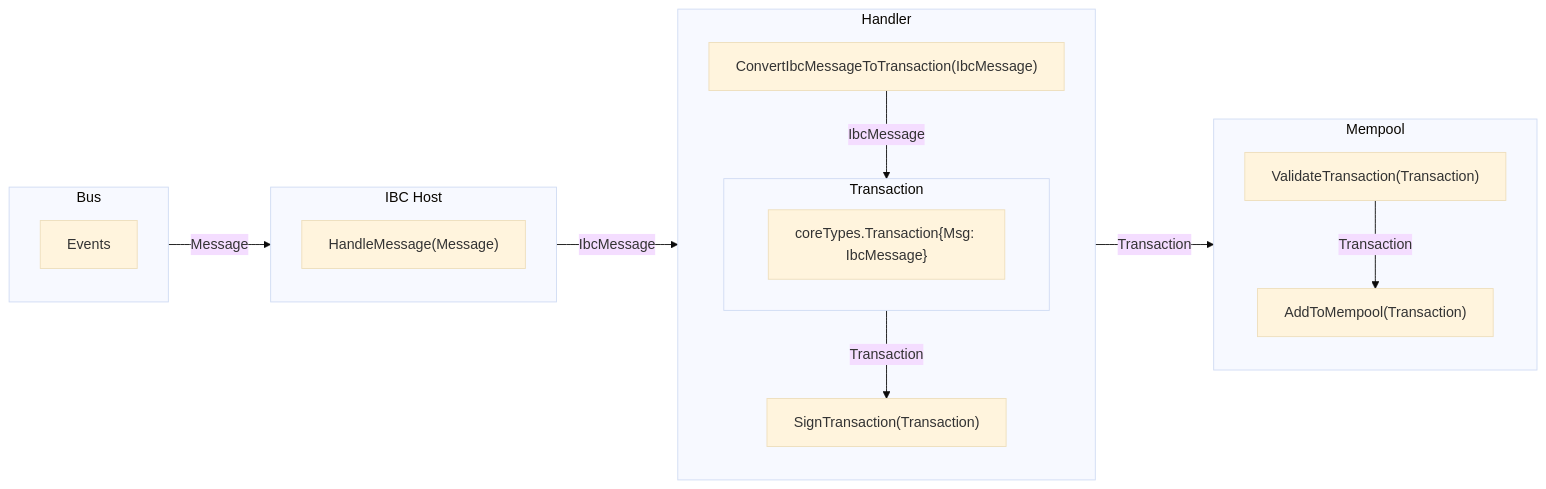
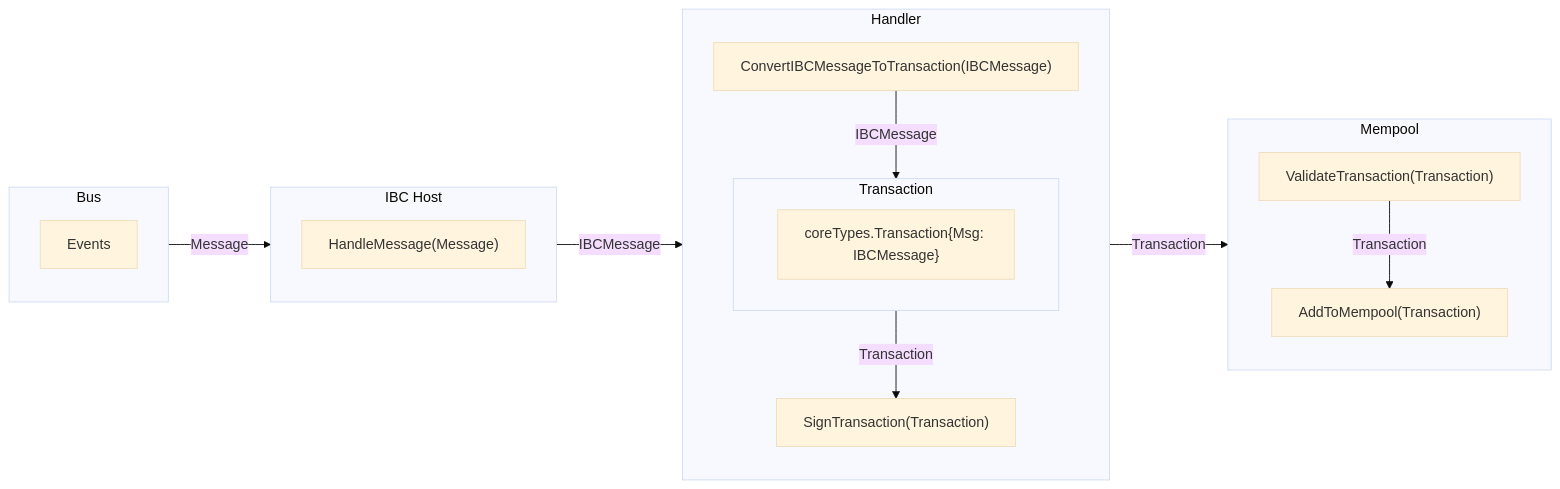
The second of 2 diagrams in ibc/docs/ics24.md (pokt-network/pocket), drawn with Mermaid (base theme) before and after one commit. The commit also changed other lines of this file and 15 other files, not shown here.

````diff
--- a/ibc/docs/ics24.md
+++ b/ibc/docs/ics24.md
@@ -126,26 +126,26 @@
 ```mermaid
 graph LR
   subgraph Bus
     A[Events]
   end
   subgraph I[IBC Host]
     I1["HandleMessage(Message)"]
   end
   subgraph Handler
-    H1["ConvertIbcMessageToTransaction(IbcMessage)"]
+    H1["ConvertIBCMessageToTransaction(IBCMessage)"]
     subgraph Transaction
-      T1["coreTypes.Transaction{Msg: IbcMessage}"]
+      T1["coreTypes.Transaction{Msg: IBCMessage}"]
     end
     H2["SignTransaction(Transaction)"]
   end
   subgraph Mempool
     M1["ValidateTransaction(Transaction)"]
     M2["AddToMempool(Transaction)"]
   end
   Bus--Message-->I
-  I--IbcMessage-->Handler
-  H1--IbcMessage-->Transaction
+  I--IBCMessage-->Handler
+  H1--IBCMessage-->Transaction
   Transaction--Transaction-->H2
   Handler--Transaction-->Mempool
   M1--Transaction-->M2
 ```
````
